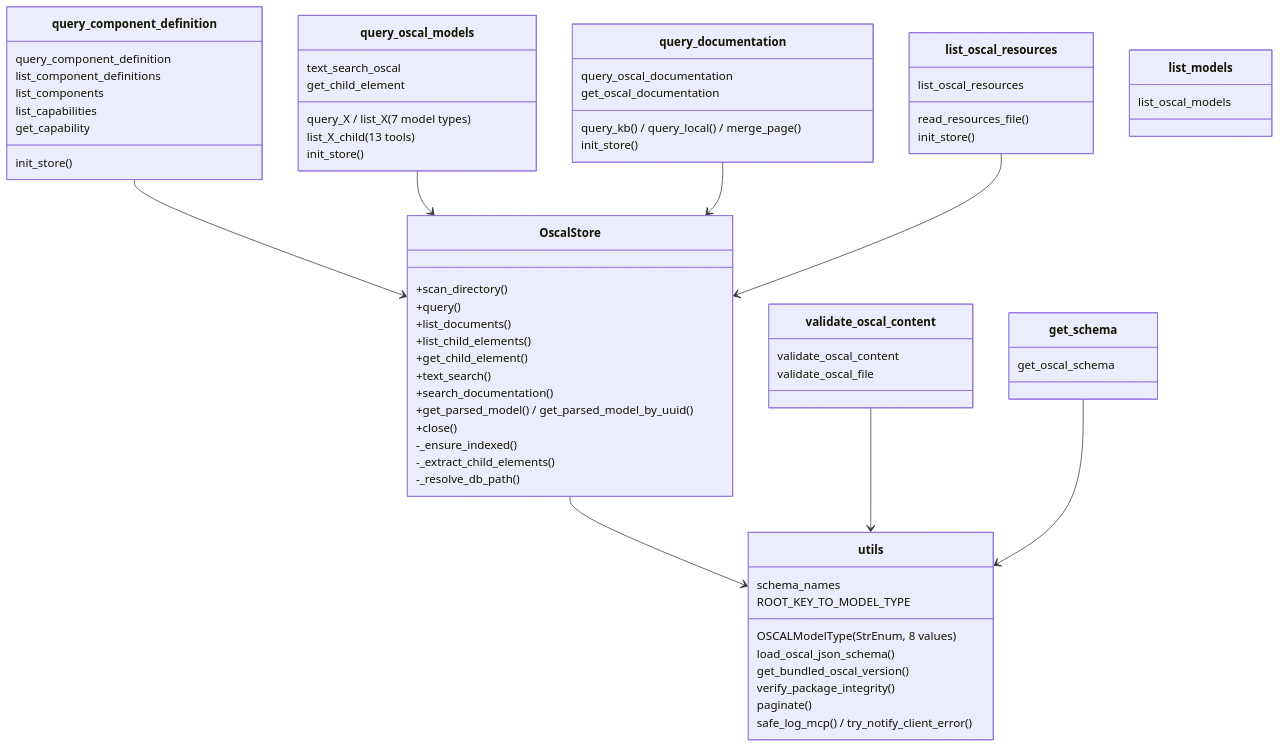
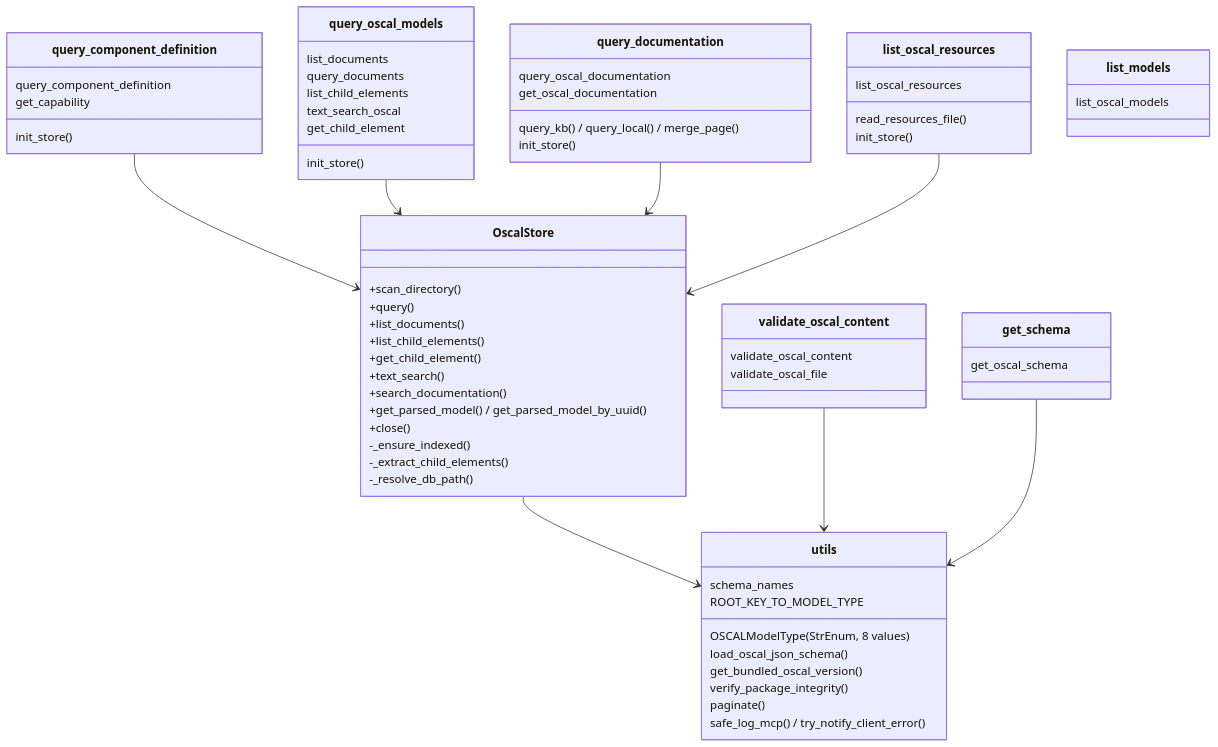
The diagram in .agents/summary/components.md (dfkunstler/mcp-server-for-oscal), drawn with Mermaid before and after one commit. The commit also changed other lines of this file and 40 other files, not shown here.

First line of the commit message:
Consolidate per-model query/list tools into generic tools (#40) (#49)

````diff
--- a/.agents/summary/components.md
+++ b/.agents/summary/components.md
@@ -18,66 +18,64 @@
 ```mermaid
 classDiagram
     class utils {
         OSCALModelType (StrEnum, 8 values)
         schema_names
         ROOT_KEY_TO_MODEL_TYPE
         load_oscal_json_schema()
         get_bundled_oscal_version()
         verify_package_integrity()
         paginate()
         safe_log_mcp() / try_notify_client_error()
     }
     class OscalStore {
         +scan_directory()
         +query()
         +list_documents()
         +list_child_elements()
         +get_child_element()
         +text_search()
         +search_documentation()
         +get_parsed_model() / get_parsed_model_by_uuid()
         +close()
         -_ensure_indexed()
         -_extract_child_elements()
         -_resolve_db_path()
     }
     class query_component_definition {
         query_component_definition
-        list_component_definitions
-        list_components
-        list_capabilities
         get_capability
         init_store()
     }
     class query_oscal_models {
-        query_X / list_X  (7 model types)
-        list_X_child  (13 tools)
+        list_documents
+        query_documents
+        list_child_elements
         text_search_oscal
         get_child_element
         init_store()
     }
     class query_documentation {
         query_oscal_documentation
         get_oscal_documentation
         query_kb() / query_local() / merge_page()
         init_store()
     }
     class list_oscal_resources {
         list_oscal_resources
         read_resources_file()
         init_store()
     }
     class validate_oscal_content {
         validate_oscal_content
         validate_oscal_file
     }
     class get_schema { get_oscal_schema }
     class list_models { list_oscal_models }
     OscalStore --> utils
     query_component_definition --> OscalStore
     query_oscal_models --> OscalStore
     query_documentation --> OscalStore
     list_oscal_resources --> OscalStore
     validate_oscal_content --> utils
     get_schema --> utils
 ```
````
